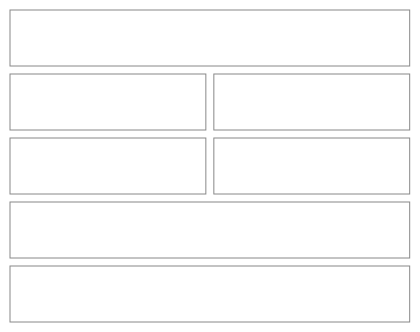
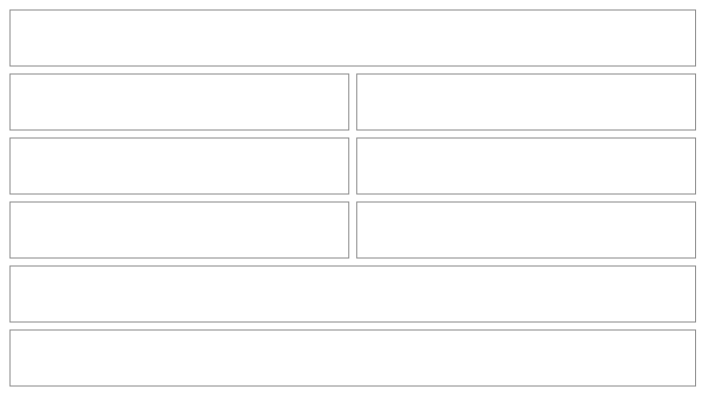
Diagram 11 of 53 in src/apps/pinch/UX.md (NovaMoonX/moondreams-dev-apps), drawn with Mermaid before and after one commit. The commit also changed other lines of this file and 56 other files, not shown here.

````diff
--- a/src/apps/pinch/UX.md
+++ b/src/apps/pinch/UX.md
@@ -417,19 +428,21 @@
 ```mermaid
 %%{init: {'theme': 'base', 'themeVariables': {'primaryColor': 'transparent', 'primaryBorderColor': '#888888', 'primaryTextColor': '#333333', 'lineColor': '#888888'}}}%%
 block-beta
   columns 2
   V1["View options"]:2
   V2["Show prices"]:1
   V3["◉ on"]:1
   V4["Show calories and macros"]:1
   V5["◉ on"]:1
+  V5b["Show what's in stock (Recipes and Meals only)"]:1
+  V5c["◉ on"]:1
   V6["Nutrition numbers (Kitchen only)<br/>Per serving   [ Per 100 g ]"]:2
   V7["Reset  ·  Done"]:2
   style V1 fill:transparent,stroke:#888888,stroke-width:1px;
   style V2 fill:transparent,stroke:#888888,stroke-width:1px;
   style V3 fill:transparent,stroke:#888888,stroke-width:1px;
   style V4 fill:transparent,stroke:#888888,stroke-width:1px;
   style V5 fill:transparent,stroke:#888888,stroke-width:1px;
   style V6 fill:transparent,stroke:#888888,stroke-width:1px;
   style V7 fill:transparent,stroke:#888888,stroke-width:1px;
 ```
````
